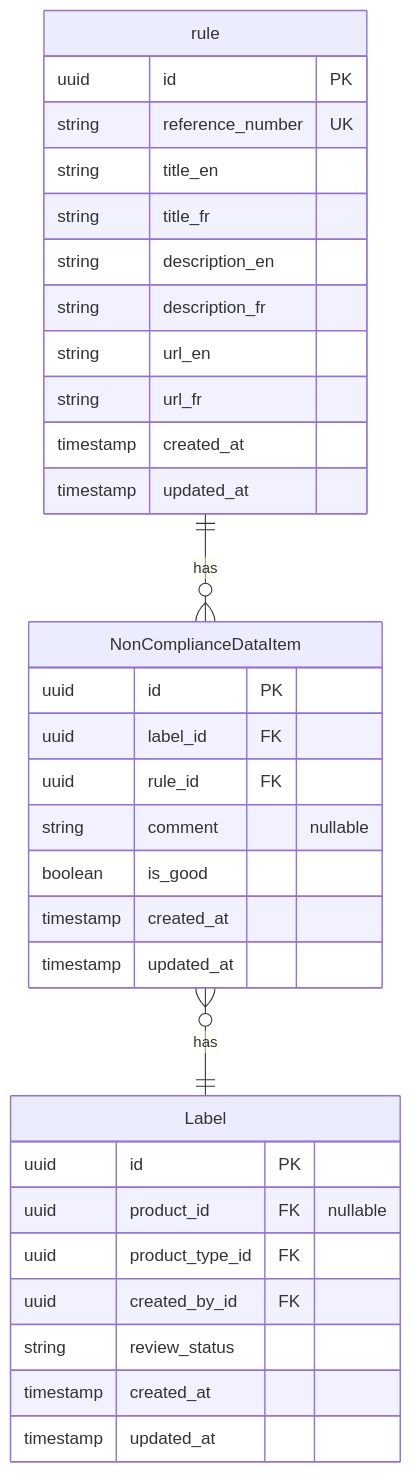
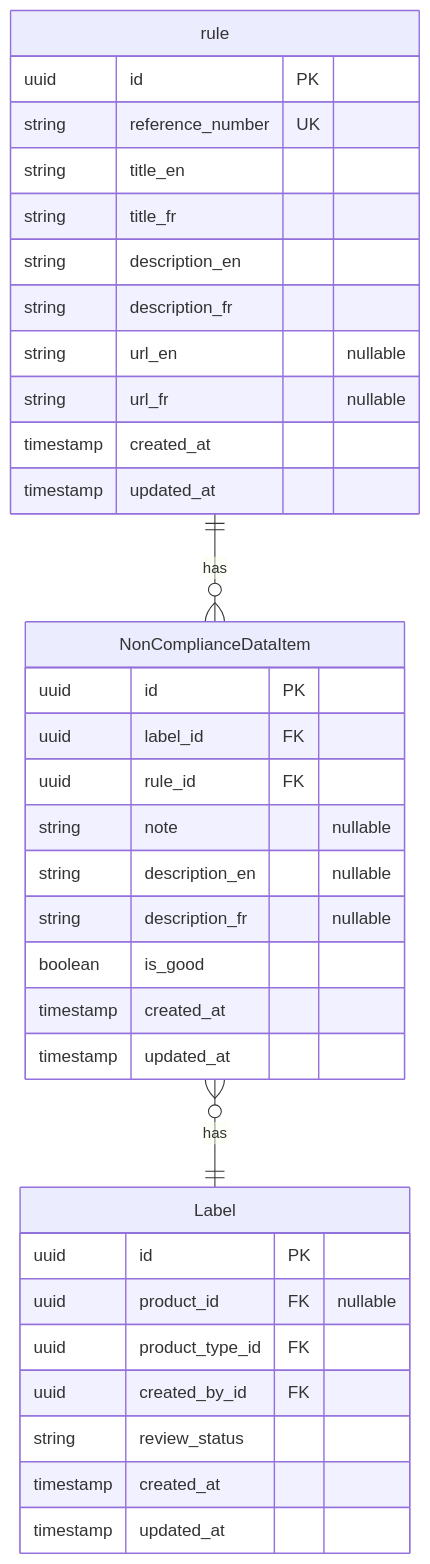
Before and after one commit to ai-cfia/fertiscan: the second of 2 diagrams in docs/compliance/design.md, drawn with Mermaid. The commit also changed 7 other files, not shown here.

````diff
--- a/docs/compliance/design.md
+++ b/docs/compliance/design.md
@@ -33,43 +33,45 @@
 ```mermaid
 erDiagram
 
 
     NonComplianceDataItem }o--|| Label:"has"
     rule ||--o{ NonComplianceDataItem:"has"
     rule{
         uuid id PK
         string reference_number UK
         string title_en
         string title_fr
         string description_en
         string description_fr
-        string url_en
-        string url_fr
+        string url_en "nullable"
+        string url_fr "nullable"
         timestamp created_at
         timestamp updated_at
     }
 
     NonComplianceDataItem{
         uuid id PK
         uuid label_id FK
         uuid rule_id FK
-        string comment "nullable"
+        string note "nullable"
+        string description_en "nullable"
+        string description_fr "nullable"
         boolean is_good
         timestamp created_at
         timestamp updated_at
 
     }
 
 
     Label {
         uuid id PK
         uuid product_id FK "nullable"
         uuid product_type_id FK
         uuid created_by_id FK
         string review_status
         timestamp created_at
         timestamp updated_at
     }
 
 
 ```
````
